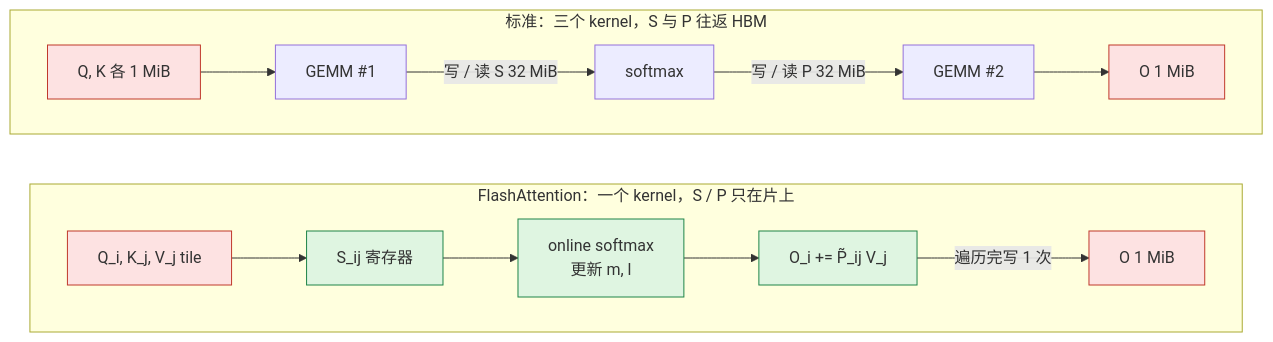
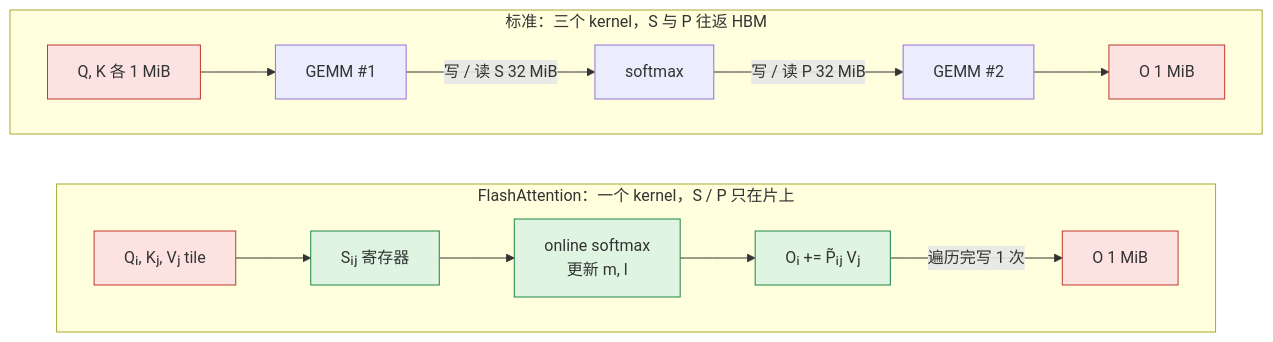
Before and after one commit to arganzheng/arganzheng.github.com: the fourth of 4 diagrams in slides/2026-05-20-gpu-kernel-engineering.md, drawn with Mermaid. The commit also changed other lines of this file, not shown here.

Commit message:
slides(2026-05-20-gpu-kernel-engineering): 图内文字 ≥14px——标签缩短/拆分/Unicode 数学

````diff
--- a/slides/2026-05-20-gpu-kernel-engineering.md
+++ b/slides/2026-05-20-gpu-kernel-engineering.md
@@ -240,17 +246,17 @@
 ```mermaid
 %%{init: {"flowchart": {"wrappingWidth": 190}}}%%
 flowchart TB
     subgraph std["标准：三个 kernel，S 与 P 往返 HBM"]
         direction LR
         q1["Q, K 各 1 MiB"] --> g1["GEMM #1"] -- "写 / 读 S 32 MiB" --> sm1["softmax"] -- "写 / 读 P 32 MiB" --> g2["GEMM #2"] --> o1["O 1 MiB"]
     end
     subgraph fa["FlashAttention：一个 kernel，S / P 只在片上"]
         direction LR
-        q2["Q_i, K_j, V_j tile"] --> g3["S_ij 寄存器"] --> sm2["online softmax<br/>更新 m, l"] --> g4["O_i += P̃_ij V_j"] -- "遍历完写 1 次" --> o2["O 1 MiB"]
+        q2["Qᵢ, Kⱼ, Vⱼ tile"] --> g3["Sᵢⱼ 寄存器"] --> sm2["online softmax<br/>更新 m, l"] --> g4["Oᵢ += P̃ᵢⱼ Vⱼ"] -- "遍历完写 1 次" --> o2["O 1 MiB"]
     end
     std ~~~ fa
     classDef hbm fill:#fde2e2,stroke:#c0392b
     classDef chip fill:#dff5e1,stroke:#1e8449
     class q1,o1,q2,o2 hbm
     class g3,sm2,g4 chip
 ```
````
